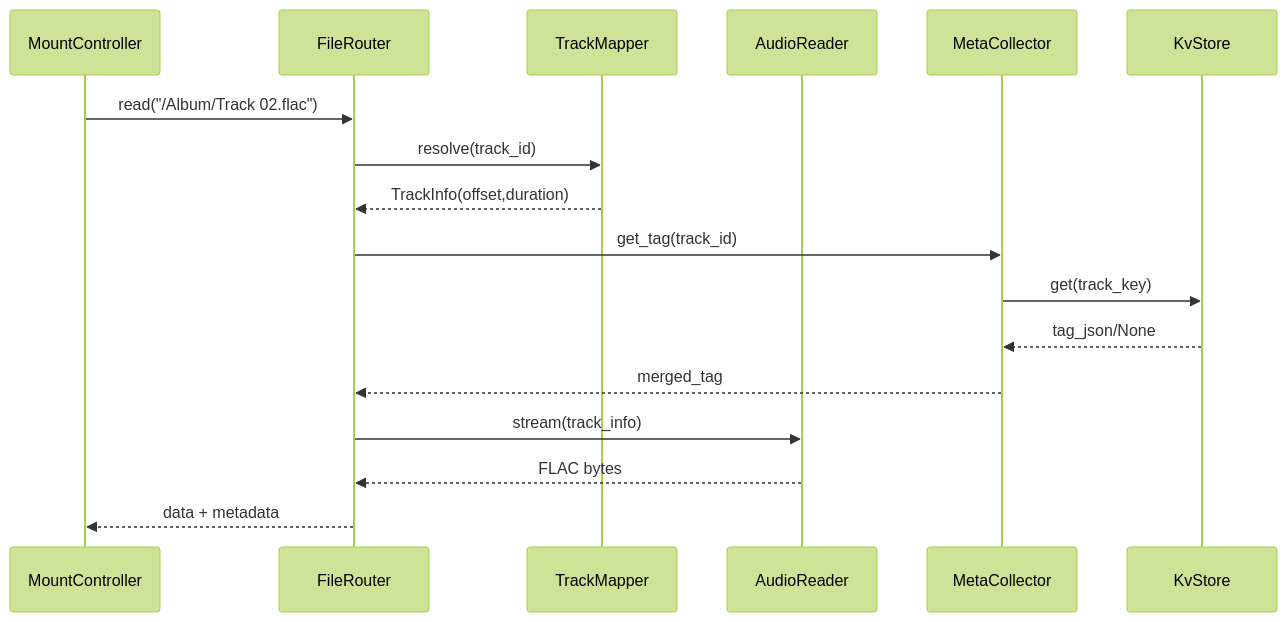
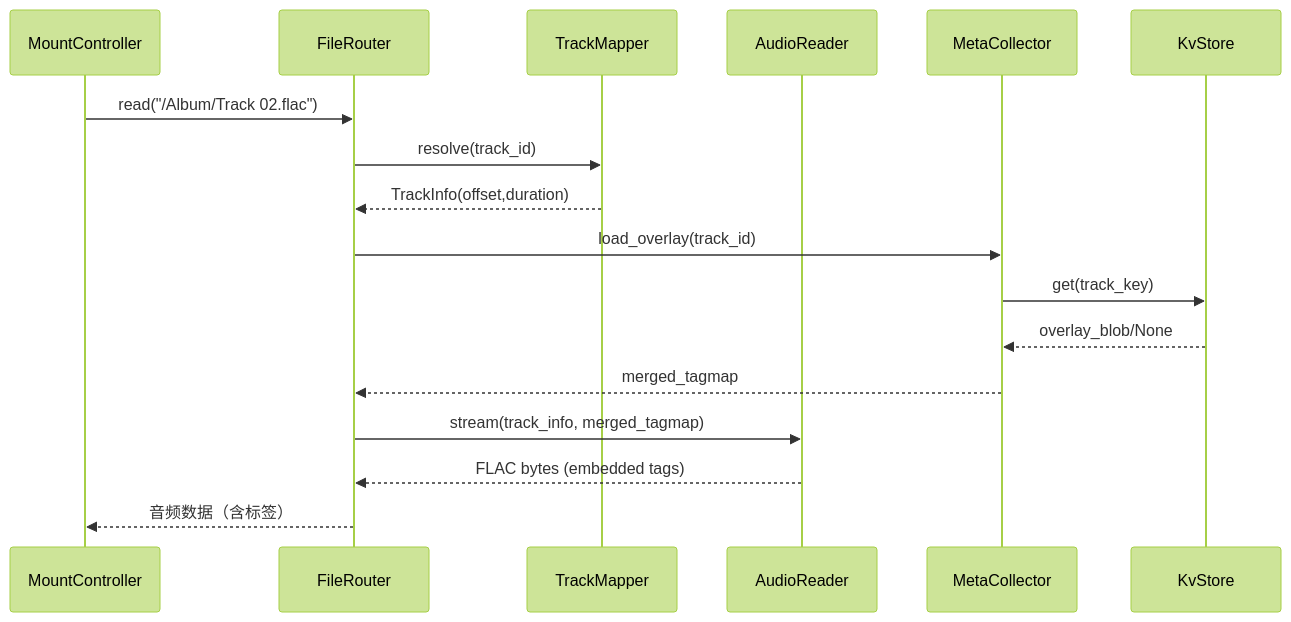
The second of 3 diagrams in docs/architecture.md (ModerRAS/MusFuse), drawn with Mermaid (forest theme) before and after one commit. The commit also changed other lines of this file, not shown here.

````diff
--- a/docs/architecture.md
+++ b/docs/architecture.md
@@ -120,20 +123,20 @@
 ```mermaid
 sequenceDiagram
     participant FS as MountController
     participant ROUTE as FileRouter
     participant MAP as TrackMapper
     participant AUDIO as AudioReader
     participant META as MetaCollector
     participant DB as KvStore
 
     FS->>ROUTE: read("/Album/Track 02.flac")
     ROUTE->>MAP: resolve(track_id)
     MAP-->>ROUTE: TrackInfo(offset,duration)
-    ROUTE->>META: get_tag(track_id)
+    ROUTE->>META: load_overlay(track_id)
     META->>DB: get(track_key)
-    DB-->>META: tag_json/None
-    META-->>ROUTE: merged_tag
-    ROUTE->>AUDIO: stream(track_info)
-    AUDIO-->>ROUTE: FLAC bytes
-    ROUTE-->>FS: data + metadata
+    DB-->>META: overlay_blob/None
+    META-->>ROUTE: merged_tagmap
+    ROUTE->>AUDIO: stream(track_info, merged_tagmap)
+    AUDIO-->>ROUTE: FLAC bytes (embedded tags)
+    ROUTE-->>FS: 音频数据（含标签）
 ```
````
